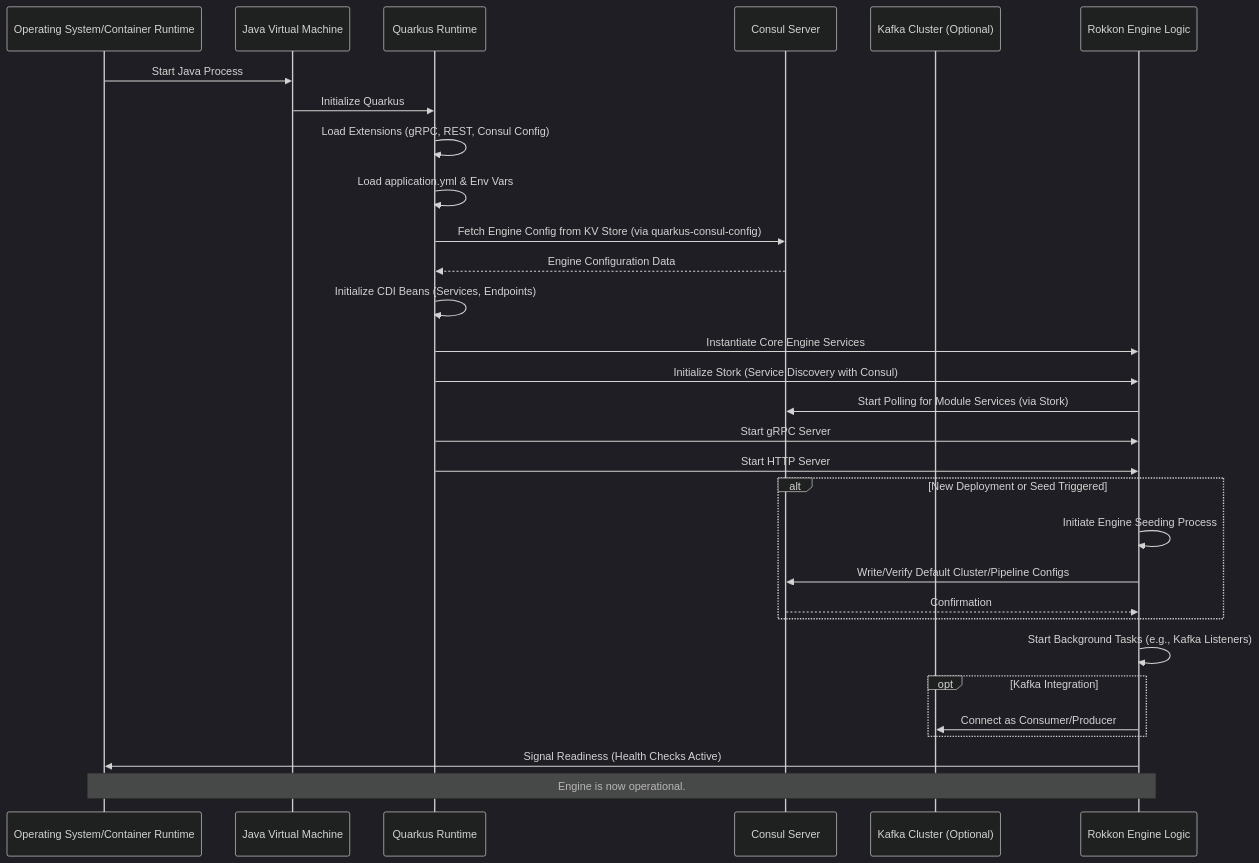
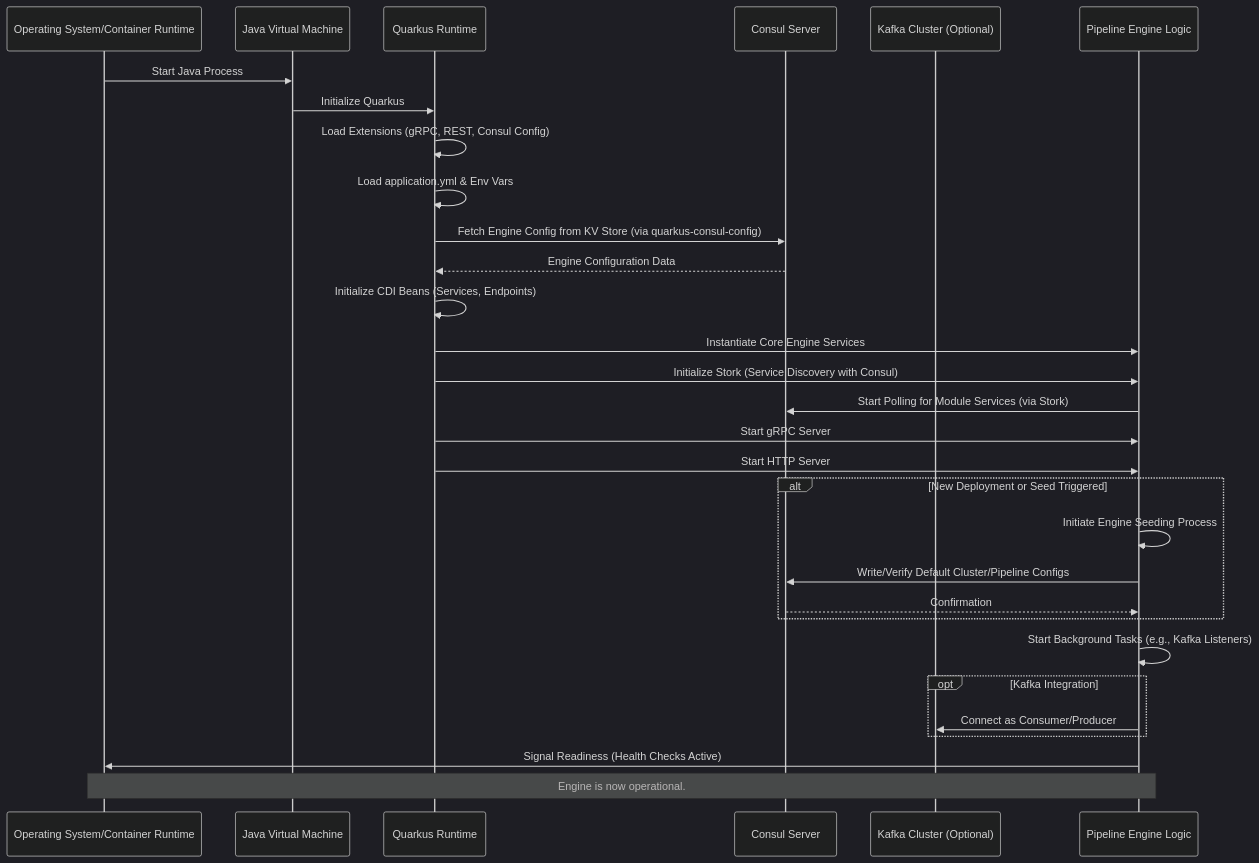
The first of 2 diagrams in ARCHITECTURE/Initialization.md (krickert/rokkon), drawn with Mermaid (dark theme) before and after one commit. The commit also changed other lines of this file and 75 other files, not shown here.

````diff
--- a/ARCHITECTURE/Initialization.md
+++ b/ARCHITECTURE/Initialization.md
@@ -37,36 +37,36 @@
 ```mermaid
 sequenceDiagram
     participant OS as Operating System/Container Runtime
     participant JVM as Java Virtual Machine
     participant Quarkus as Quarkus Runtime
     participant Consul as Consul Server
     participant Kafka as Kafka Cluster (Optional)
-    participant Engine as Rokkon Engine Logic
+    participant Engine as Pipeline Engine Logic
 
     OS ->> JVM: Start Java Process
     JVM ->> Quarkus: Initialize Quarkus
     Quarkus ->> Quarkus: Load Extensions (gRPC, REST, Consul Config)
     Quarkus ->> Quarkus: Load application.yml & Env Vars
     Quarkus ->> Consul: Fetch Engine Config from KV Store (via quarkus-consul-config)
     Consul -->> Quarkus: Engine Configuration Data
     Quarkus ->> Quarkus: Initialize CDI Beans (Services, Endpoints)
     Quarkus ->> Engine: Instantiate Core Engine Services
     Quarkus ->> Engine: Initialize Stork (Service Discovery with Consul)
     Engine ->> Consul: Start Polling for Module Services (via Stork)
     Quarkus ->> Engine: Start gRPC Server
     Quarkus ->> Engine: Start HTTP Server
 
     alt New Deployment or Seed Triggered
         Engine ->> Engine: Initiate Engine Seeding Process
         Engine ->> Consul: Write/Verify Default Cluster/Pipeline Configs
         Consul -->> Engine: Confirmation
     end
 
     Engine ->> Engine: Start Background Tasks (e.g., Kafka Listeners)
     opt Kafka Integration
         Engine ->> Kafka: Connect as Consumer/Producer
     end
 
     Engine ->> OS: Signal Readiness (Health Checks Active)
     Note over Engine, OS: Engine is now operational.
 ```
````
